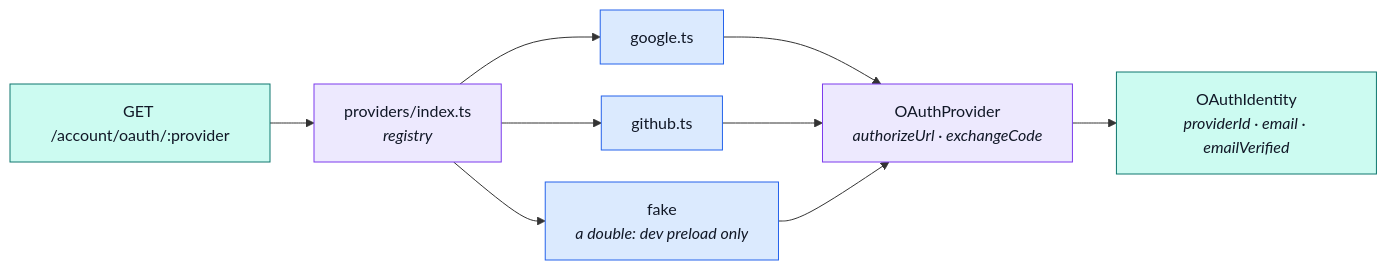
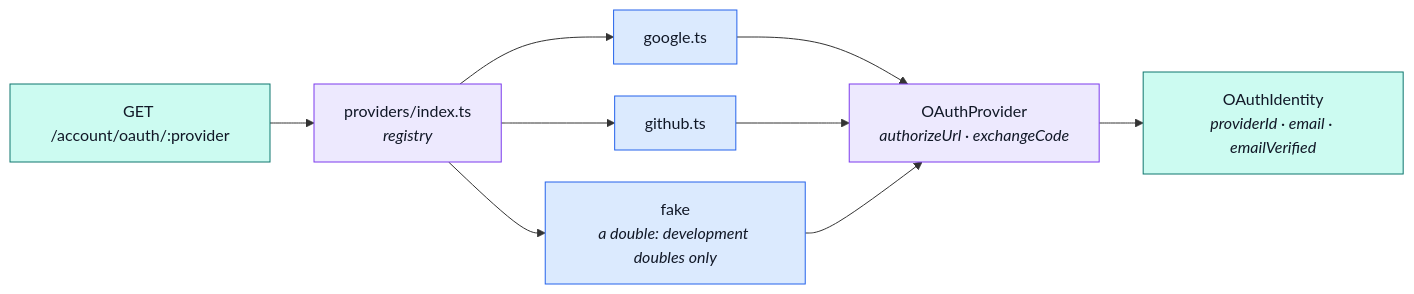
One commit to Guebbit/boilerplate-node-backend changed the first of 2 diagrams in docs/modules/account-oauth.md. Above: the diagram before and after it, drawn with Mermaid. The commit also changed other lines of this file and 47 other files, not shown here.

First line of the commit message:
refactor(config): a development process loads the dev doubles at boot, not through a preload

````diff
--- a/docs/modules/account-oauth.md
+++ b/docs/modules/account-oauth.md
@@ -29,19 +29,19 @@
 ```mermaid
 %%{init: {'flowchart': {'nodeSpacing': 32, 'rankSpacing': 44}}}%%
 flowchart LR
     R["GET /account/oauth/:provider"] --> RG["providers/index.ts<br/><i>registry</i>"]
     RG --> G["google.ts"]
     RG --> H["github.ts"]
-    RG --> F["fake<br/><i>a double: dev preload only</i>"]
+    RG --> F["fake<br/><i>a double: development doubles only</i>"]
     G --> P["OAuthProvider<br/><i>authorizeUrl · exchangeCode</i>"]
     H --> P
     F --> P
     P --> ID["OAuthIdentity<br/><i>providerId · email · emailVerified</i>"]
 
     classDef port fill:#ede9fe,stroke:#7c3aed,color:#111827;
     classDef impl fill:#dbeafe,stroke:#2563eb,color:#111827;
     classDef out fill:#ccfbf1,stroke:#0f766e,color:#111827;
     class P,RG port;
     class G,H,F impl;
     class ID,R out;
 ```
````
